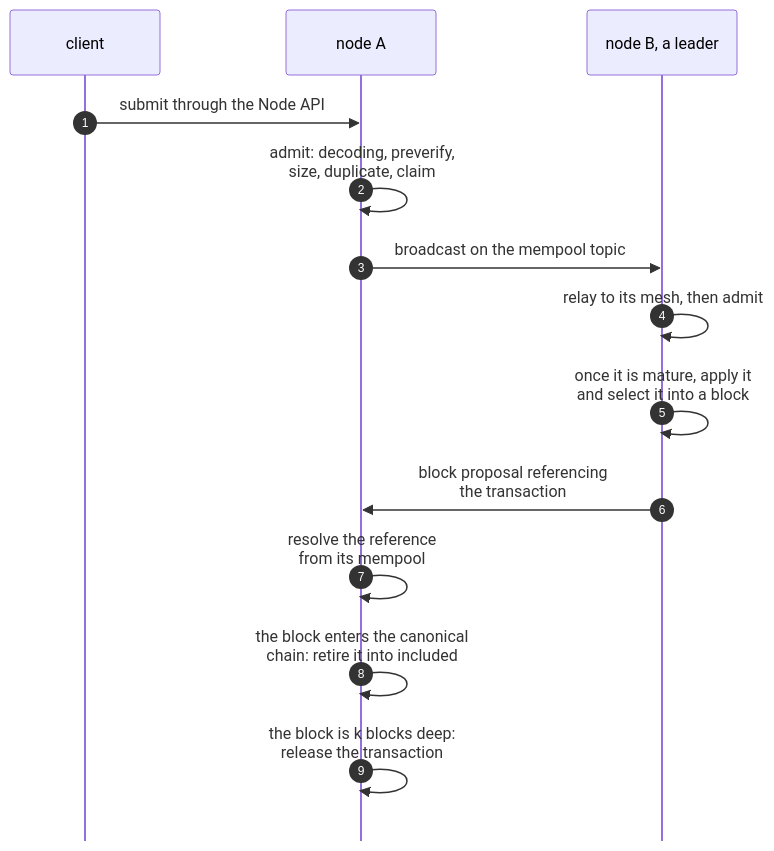
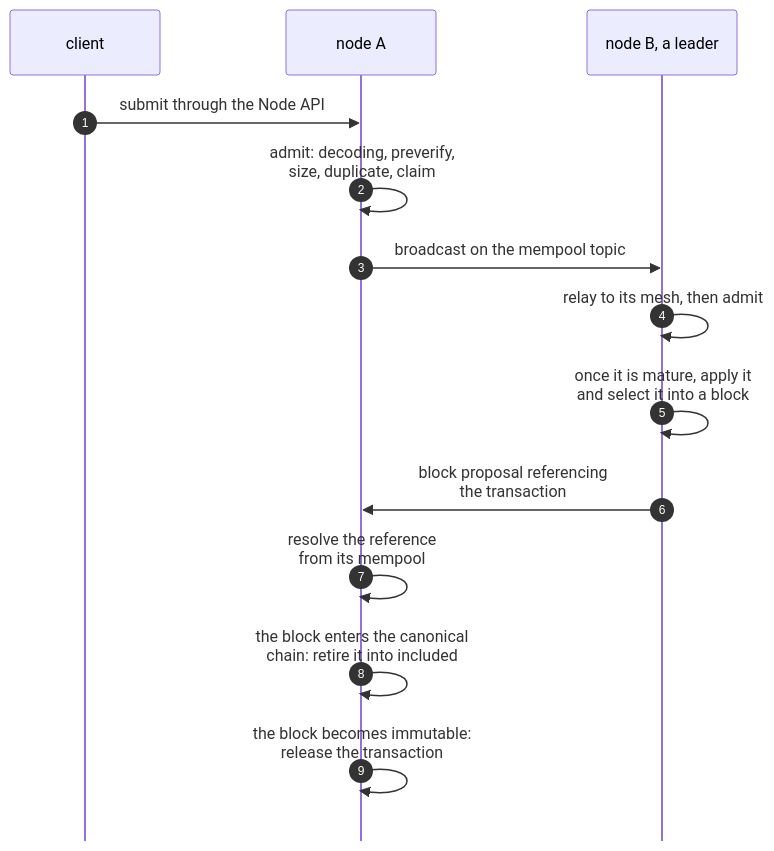
Before and after one commit to logos-co/logos-lips: the fourth of 4 diagrams in docs/blockchain/raw/mempool.md, drawn with Mermaid. The commit also changed other lines of this file, not shown here.

First line of the commit message:
docs(blockchain): keep only held transactions in included, until immutable

````diff
--- a/docs/blockchain/raw/mempool.md
+++ b/docs/blockchain/raw/mempool.md
@@ -190,21 +189,21 @@
 ```mermaid
 ---
 config:
   sequence:
     mirrorActors: false
 ---
 sequenceDiagram
     autonumber
     participant C as client
     participant A as node A
     participant B as node B, a leader
     C->>A: submit through the Node API
     A->>A: admit: decoding, preverify,<br/>size, duplicate, claim
     A->>B: broadcast on the mempool topic
     B->>B: relay to its mesh, then admit
     B->>B: once it is mature, apply it<br/>and select it into a block
     B->>A: block proposal referencing<br/>the transaction
     A->>A: resolve the reference<br/>from its mempool
     A->>A: the block enters the canonical<br/>chain: retire it into included
-    A->>A: the block is k blocks deep:<br/>release the transaction
+    A->>A: the block becomes immutable:<br/>release the transaction
 ```
````
